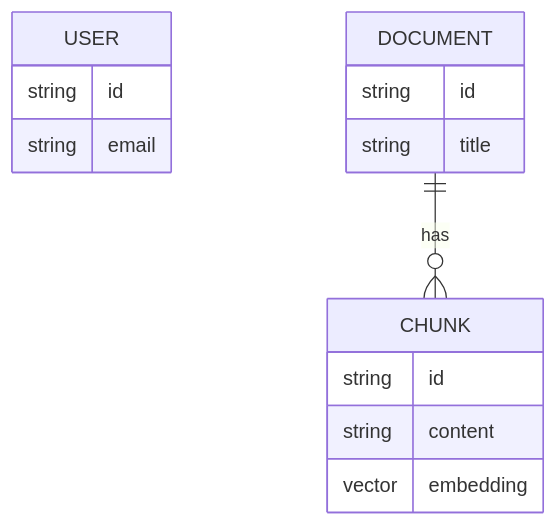
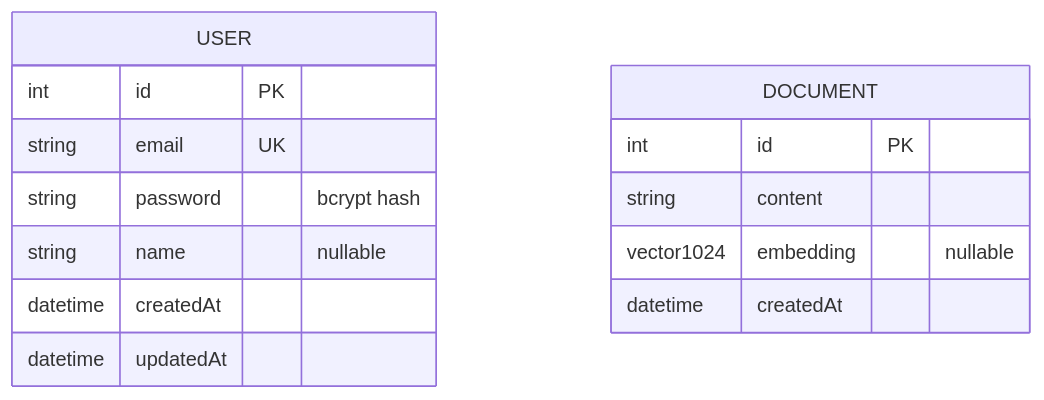
One commit to sajibsarker-1104003/nest-rag-service changed the diagram in docs/database.md. Above: the diagram before and after it, drawn with Mermaid. The commit also changed other lines of this file and 8 other files, not shown here.

Commit message:
docs: fill architecture, database, configuration and ADRs from source; sanitize .env.example

````diff
--- a/docs/database.md
+++ b/docs/database.md
@@ -7,17 +13,17 @@
 ```mermaid
 erDiagram
   USER {
-    string id
-    string email
+    int id PK
+    string email UK
+    string password "bcrypt hash"
+    string name "nullable"
+    datetime createdAt
+    datetime updatedAt
   }
   DOCUMENT {
-    string id
-    string title
+    int id PK
+    string content
+    vector1024 embedding "nullable"
+    datetime createdAt
   }
-  CHUNK {
-    string id
-    string content
-    vector embedding
-  }
-  DOCUMENT ||--o{ CHUNK : has
 ```
````
